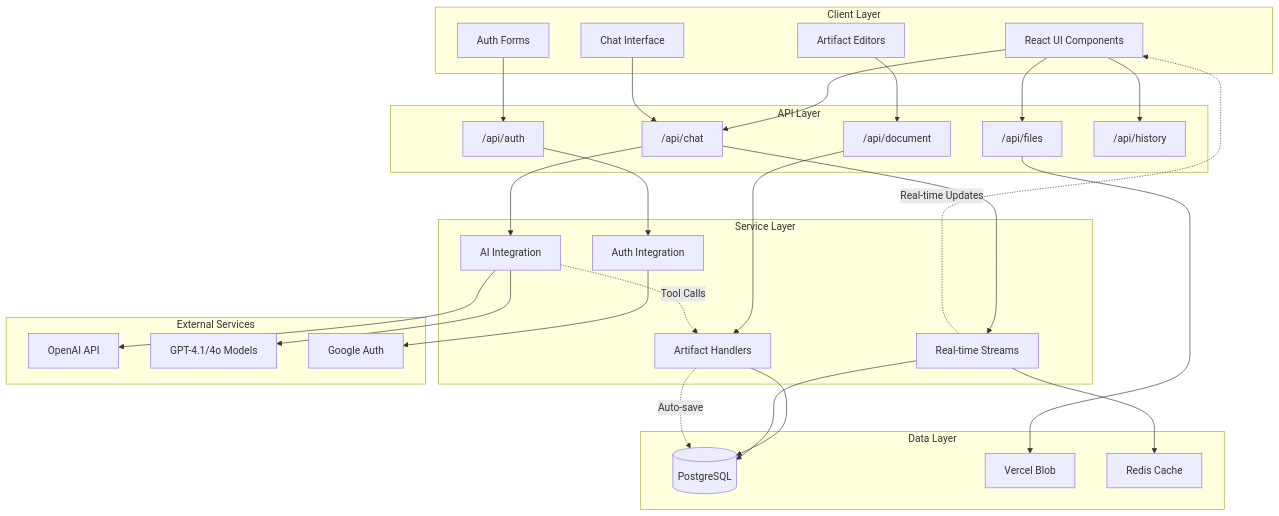
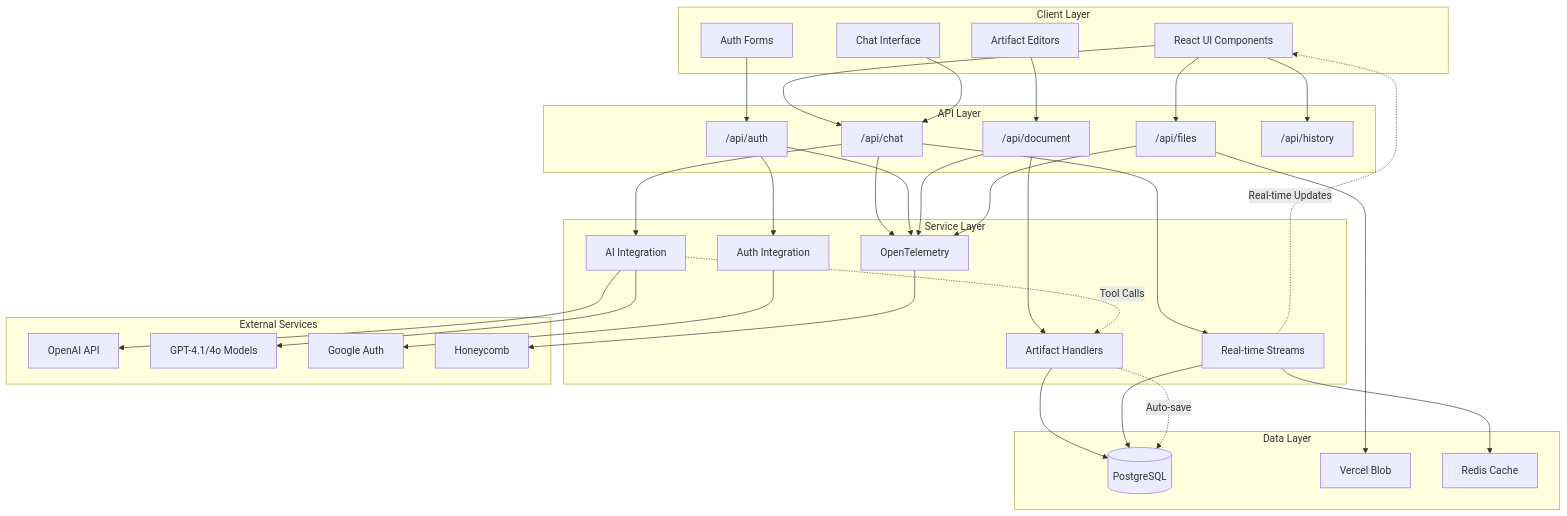
One commit to cartermp/gippidy changed the diagram in README.md. Above: the diagram before and after it, drawn with Mermaid. The commit also changed other lines of this file and 1 other file, not shown here.

Commit message:
verify OTel works with Honeycomb

````diff
--- a/README.md
+++ b/README.md
@@ -11,64 +11,71 @@
 ```mermaid
 graph TB
     subgraph "Client Layer"
         UI[React UI Components]
         Chat[Chat Interface]
         Artifacts[Artifact Editors]
         Auth[Auth Forms]
     end
 
     subgraph "API Layer"
         ChatAPI["/api/chat"]
         AuthAPI["/api/auth"]
         DocAPI["/api/document"]
         FileAPI["/api/files"]
         HistoryAPI["/api/history"]
     end
 
     subgraph "Service Layer"
         AIService[AI Integration]
         AuthService[Auth Integration]
         ArtifactService[Artifact Handlers]
         StreamService[Real-time Streams]
+        Telemetry[OpenTelemetry]
     end
 
     subgraph "Data Layer"
         DB[(PostgreSQL)]
         BlobStorage[Vercel Blob]
         Cache[Redis Cache]
     end
 
     subgraph "External Services"
         OpenAI[OpenAI API]
         Models["GPT-4.1/4o Models"]
         Google["Google Auth"]
+        Honeycomb["Honeycomb"]
     end
 
     %% Client to API connections
     UI --> ChatAPI
     Chat --> ChatAPI
     Artifacts --> DocAPI
     Auth --> AuthAPI
     UI --> FileAPI
     UI --> HistoryAPI
 
     %% API to Service connections
     ChatAPI --> AIService
     ChatAPI --> StreamService
+    ChatAPI --> Telemetry
     AuthAPI --> AuthService
+    AuthAPI --> Telemetry
     DocAPI --> ArtifactService
+    DocAPI --> Telemetry
     FileAPI --> BlobStorage
+    FileAPI --> Telemetry
 
     %% Service to Data connections
     AIService --> OpenAI
     AIService --> Models
     AuthService --> Google
     ArtifactService --> DB
     StreamService --> Cache
     StreamService --> DB
+    Telemetry --> Honeycomb
 
     %% Data flow arrows
     AIService -.->|Tool Calls| ArtifactService
     StreamService -.->|Real-time Updates| UI
     ArtifactService -.->|Auto-save| DB
 ```
````
